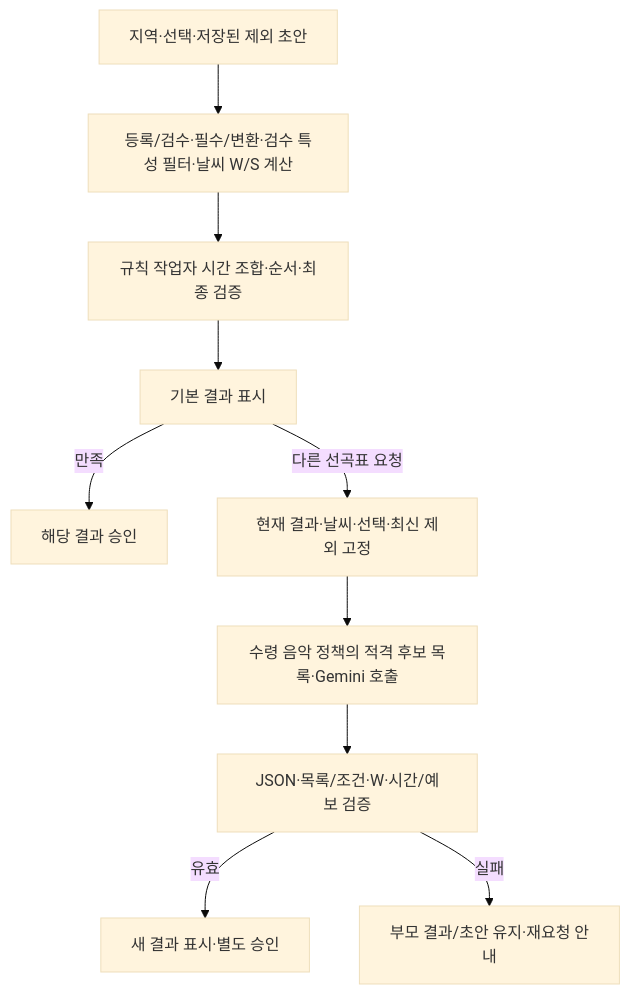
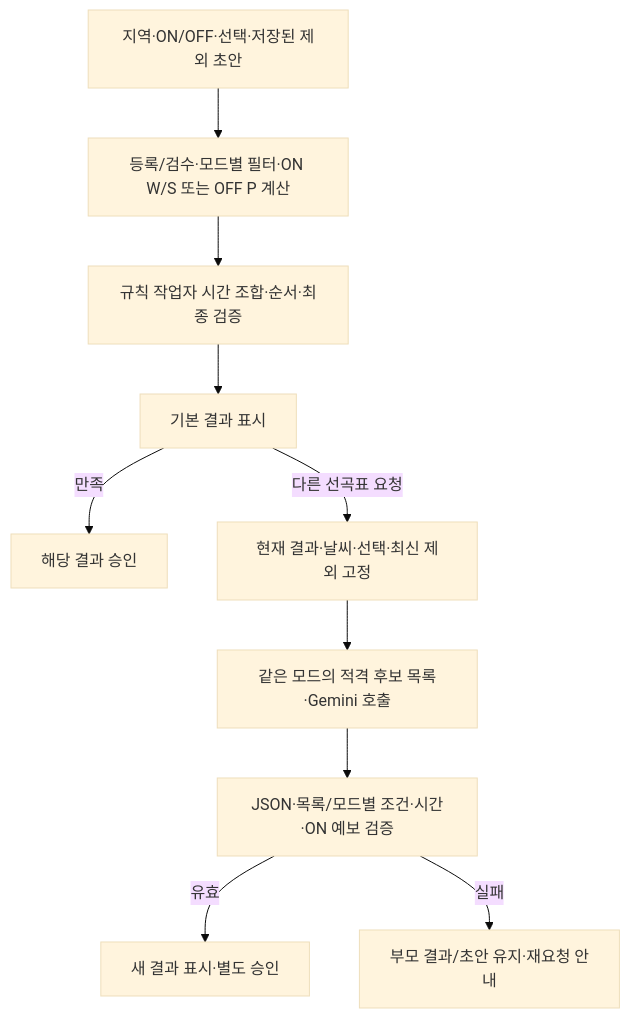
The diagram in docs/product/카페_음악_서비스_3차_Gemini_API_추천_설계.md (encore-ai-campus/mlo-01-p3-team1), drawn with Mermaid (base theme) before and after one commit. The commit also changed other lines of this file and 99 other files, not shown here.

````diff
--- a/docs/product/카페_음악_서비스_3차_Gemini_API_추천_설계.md
+++ b/docs/product/카페_음악_서비스_3차_Gemini_API_추천_설계.md
@@ -46,12 +37,12 @@
 ```mermaid
 flowchart TD
-    A[지역·선택·저장된 제외 초안] --> B[등록/검수·필수/변환·검수 특성 필터·날씨 W/S 계산]
+    A[지역·ON/OFF·선택·저장된 제외 초안] --> B[등록/검수·모드별 필터·ON W/S 또는 OFF P 계산]
     B --> C[규칙 작업자 시간 조합·순서·최종 검증]
     C --> D[기본 결과 표시]
     D -->|만족| E[해당 결과 승인]
     D -->|다른 선곡표 요청| F[현재 결과·날씨·선택·최신 제외 고정]
-    F --> G[수령 음악 정책의 적격 후보 목록·Gemini 호출]
-    G --> H[JSON·목록/조건·W·시간/예보 검증]
+    F --> G[같은 모드의 적격 후보 목록·Gemini 호출]
+    G --> H[JSON·목록/모드별 조건·시간·ON 예보 검증]
     H -->|유효| I[새 결과 표시·별도 승인]
     H -->|실패| J[부모 결과/초안 유지·재요청 안내]
 ```
````
